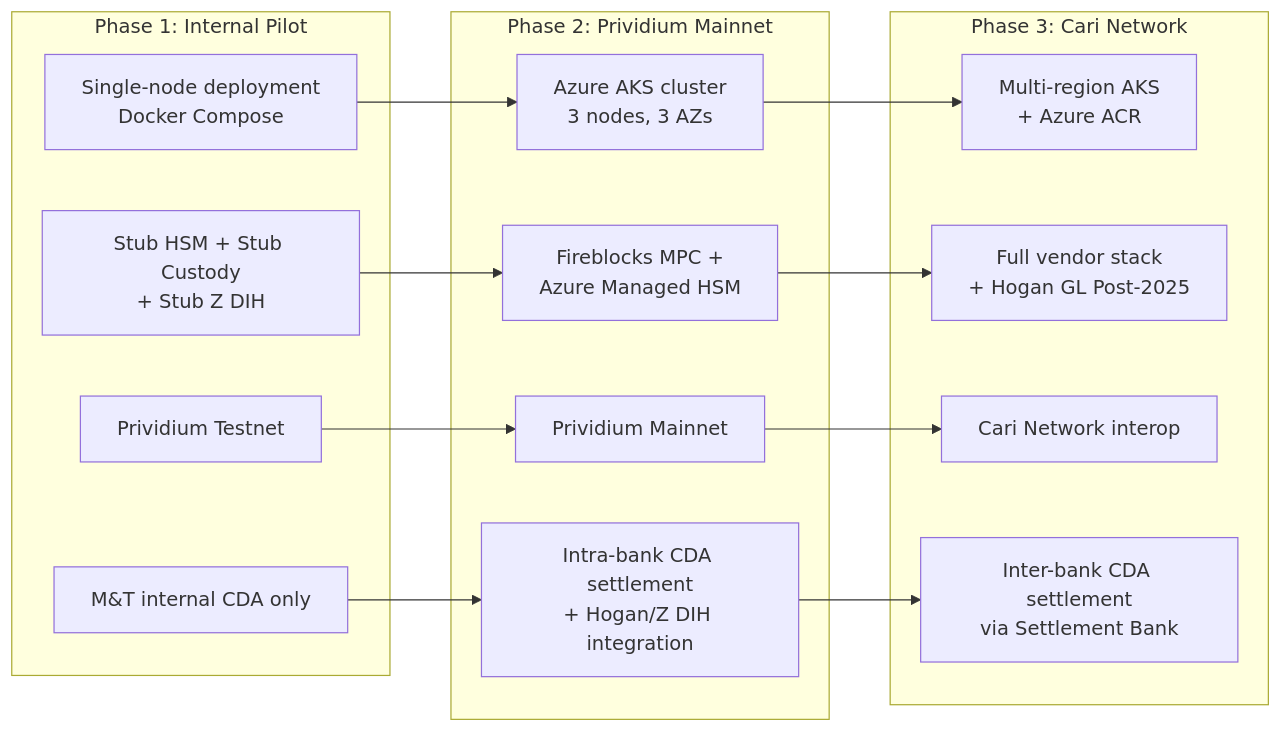
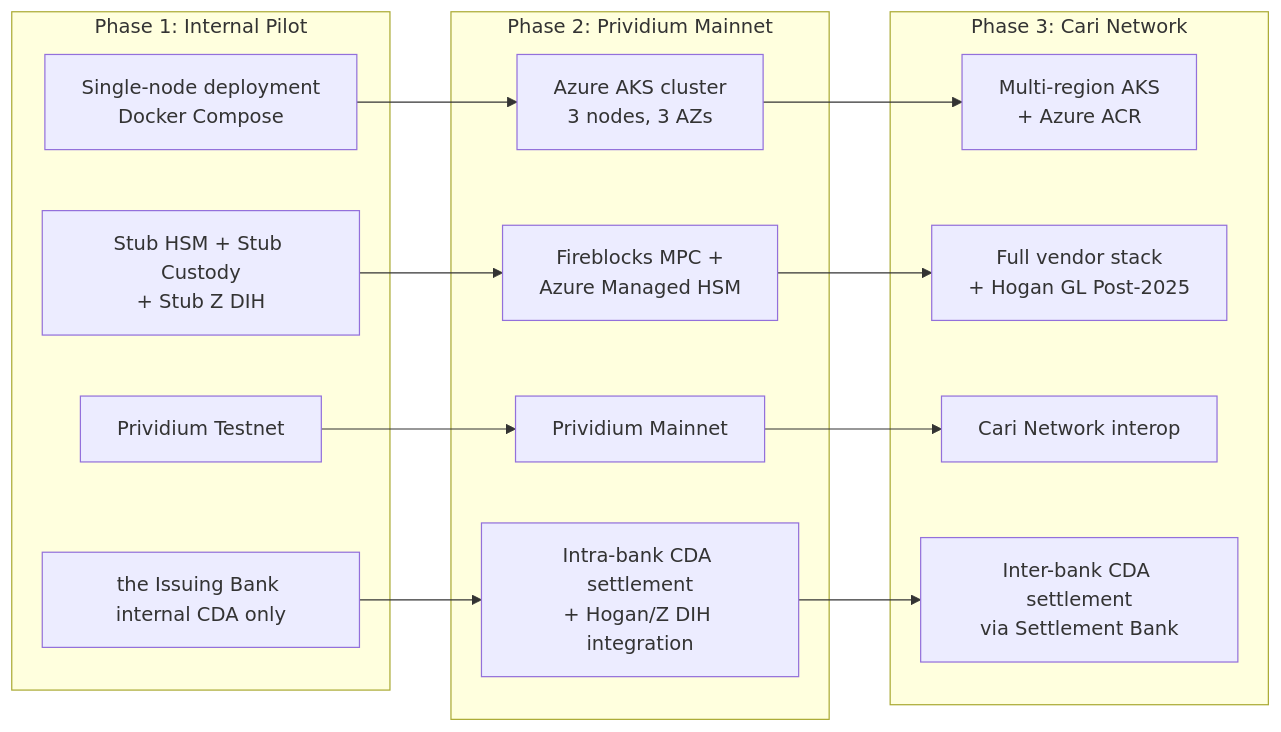
Before and after one commit to jnodes/tokenized-deposits: the first of 4 diagrams in arb_package/architecture_transitional.md, drawn with Mermaid. The commit also changed other lines of this file and 160 other files, not shown here.

````diff
--- a/arb_package/architecture_transitional.md
+++ b/arb_package/architecture_transitional.md
@@ -10,32 +10,32 @@
 ```mermaid
 graph LR
     subgraph "Phase 1: Internal Pilot"
         P1A["Single-node deployment<br/>Docker Compose"]
         P1B[Stub HSM + Stub Custody<br/>+ Stub Z DIH]
         P1C[Prividium Testnet]
-        P1D[M&T internal CDA only]
+        P1D[the Issuing Bank internal CDA only]
     end
 
     subgraph "Phase 2: Prividium Mainnet"
         P2A["Azure AKS cluster<br/>3 nodes, 3 AZs"]
         P2B[Fireblocks MPC +<br/>Azure Managed HSM]
         P2C[Prividium Mainnet]
         P2D[Intra-bank CDA settlement<br/>+ Hogan/Z DIH integration]
     end
 
     subgraph "Phase 3: Cari Network"
         P3A[Multi-region AKS<br/>+ Azure ACR]
         P3B["Full vendor stack<br/>+ Hogan GL Post-2025"]
         P3C[Cari Network interop]
         P3D[Inter-bank CDA settlement<br/>via Settlement Bank]
     end
 
     P1A --> P2A
     P1B --> P2B
     P1C --> P2C
     P1D --> P2D
     P2A --> P3A
     P2B --> P3B
     P2C --> P3C
     P2D --> P3D
 ```
````
